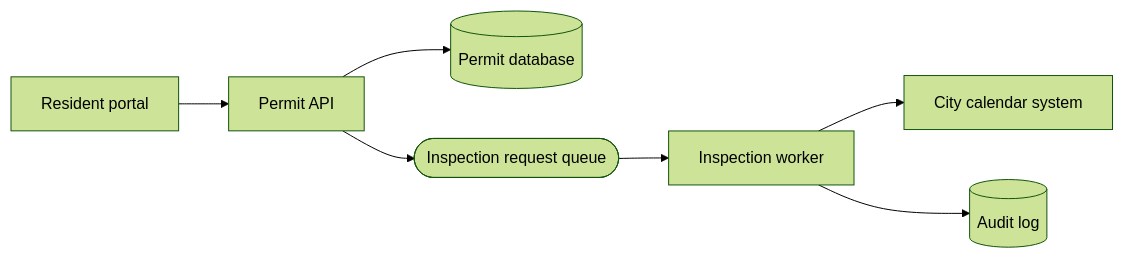
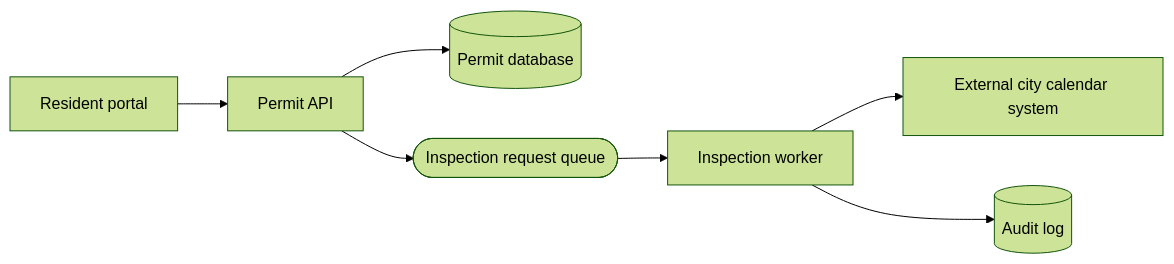
The first of 4 diagrams in docs/visuals/mermaid-examples.md (LeonSilva15/system-design), drawn with Mermaid (forest theme) before and after one commit. The commit also changed other lines of this file, not shown here.

Commit message:
docs(visuals): SDC-E13-T03 refine Mermaid examples

````diff
--- a/docs/visuals/mermaid-examples.md
+++ b/docs/visuals/mermaid-examples.md
@@ -29,9 +29,9 @@
 ```mermaid
 flowchart LR
     Client[Resident portal] --> Api[Permit API]
     Api --> PrimaryDb[(Permit database)]
     Api --> Queue([Inspection request queue])
     Queue --> Worker[Inspection worker]
-    Worker --> Calendar[City calendar system]
+    Worker --> Calendar[External city calendar system]
     Worker --> AuditDb[(Audit log)]
 ```
````
